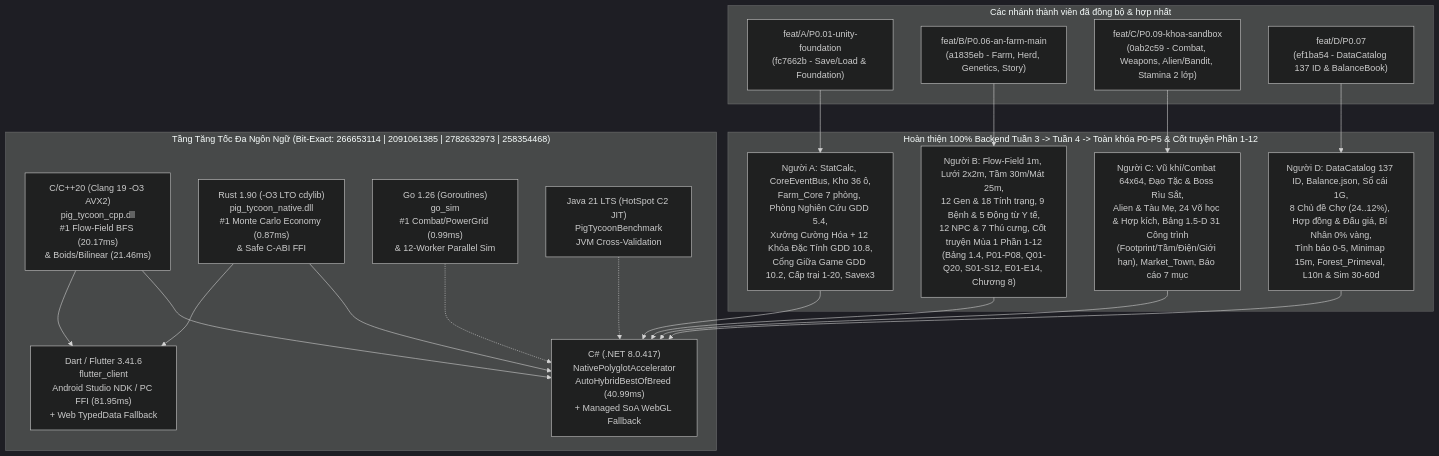
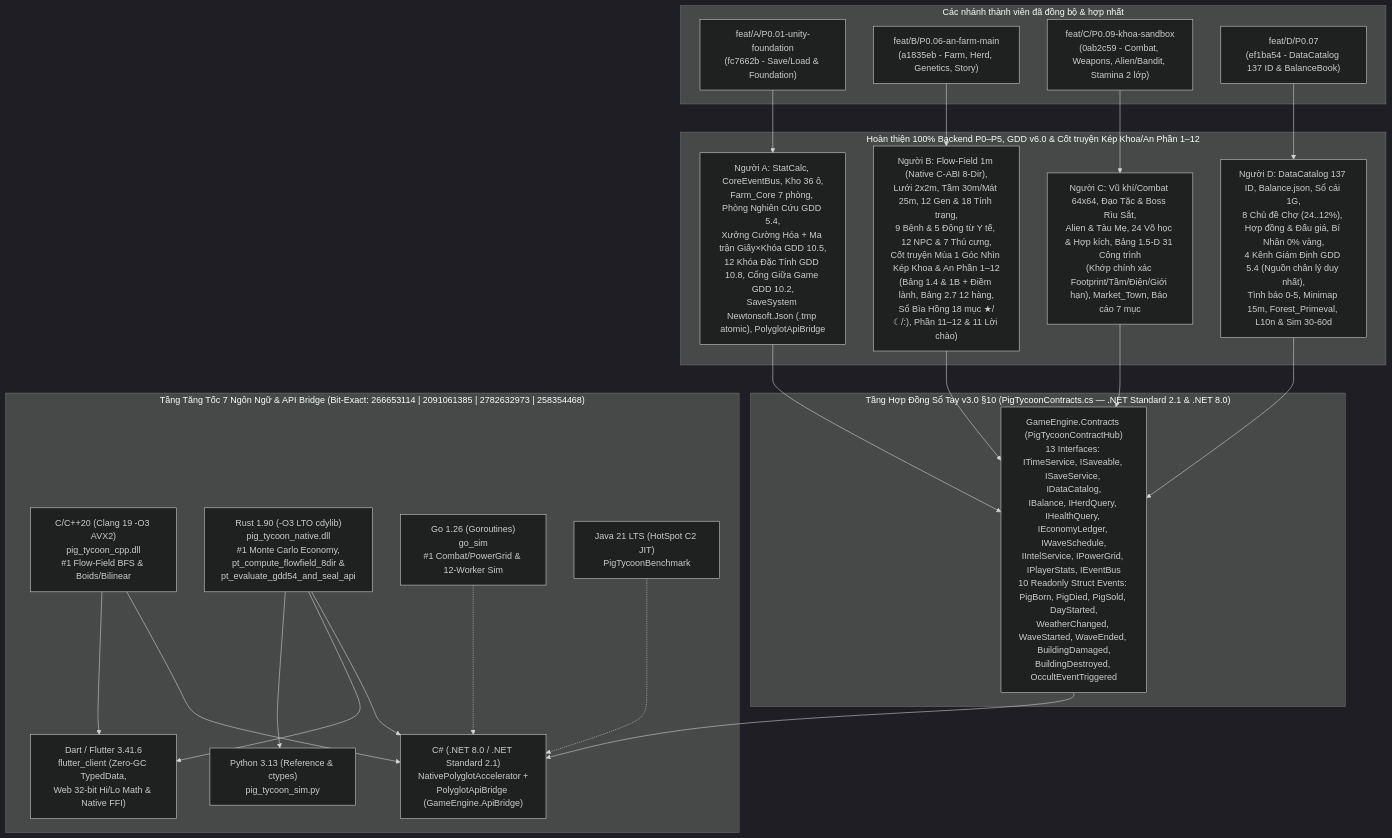
Before and after one commit to danhnee/Pig-tycoon: the diagram in README.md, drawn with Mermaid (dark theme). The commit also changed other lines of this file and 29499 other files, not shown here.

Commit message:
feat(2.5d-master-v27): unify single repo at D:\Pig-tycoon with 150 hero clips, grounded 2.5D buildings/towers, 4 Stardew interiors, Minimap & 42 story backdrops (176/176 tests pass)

````diff
--- a/README.md
+++ b/README.md
@@ -13,42 +43,49 @@
 ```mermaid
 flowchart TB
   subgraph RemoteBranches["Các nhánh thành viên đã đồng bộ & hợp nhất"]
     BA["feat/A/P0.01-unity-foundation\n(fc7662b - Save/Load & Foundation)"]
     BB["feat/B/P0.06-an-farm-main\n(a1835eb - Farm, Herd, Genetics, Story)"]
     BC["feat/C/P0.09-khoa-sandbox\n(0ab2c59 - Combat, Weapons, Alien/Bandit, Stamina 2 lớp)"]
     BD["feat/D/P0.07\n(ef1ba54 - DataCatalog 137 ID & BalanceBook)"]
   end
 
-  subgraph CoreCompletion["Hoàn thiện 100% Backend Tuần 3 -> Tuần 4 -> Toàn khóa P0-P5 & Cốt truyện Phần 1-12"]
-    CA["Người A: StatCalc, CoreEventBus, Kho 36 ô,\nFarm_Core 7 phòng, Phòng Nghiên Cứu GDD 5.4,\nXưởng Cường Hóa + 12 Khóa Đặc Tính GDD 10.8,\nCổng Giữa Game GDD 10.2, Cấp trại 1-20, Savex3"]
-    CB["Người B: Flow-Field 1m, Lưới 2x2m, Tầm 30m/Mát 25m,\n12 Gen & 18 Tính trạng, 9 Bệnh & 5 Động từ Y tế,\n12 NPC & 7 Thú cưng, Cốt truyện Mùa 1 Phần 1-12\n(Bảng 1.4, P01-P08, Q01-Q20, S01-S12, E01-E14, Chương 8)"]
-    CC["Người C: Vũ khí/Combat 64x64, Đạo Tặc & Boss Rìu Sắt,\nAlien & Tàu Mẹ, 24 Võ học & Hợp kích, Bảng 1.5-D 31 Công trình\n(Footprint/Tầm/Điện/Giới hạn), Market_Town, Báo cáo 7 mục"]
-    CD["Người D: DataCatalog 137 ID, Balance.json, Sổ cái 1G,\n8 Chủ đề Chợ (24..12%), Hợp đồng & Đấu giá, Bí Nhân 0% vàng,\nTình báo 0-5, Minimap 15m, Forest_Primeval, L10n & Sim 30-60d"]
+  subgraph ContractsLayer["Tầng Hợp Đồng Sổ Tay v3.0 §10 (PigTycoonContracts.cs — .NET Standard 2.1 & .NET 8.0)"]
+    HUB["GameEngine.Contracts (PigTycoonContractHub)\n13 Interfaces: ITimeService, ISaveable, ISaveService, IDataCatalog,\nIBalance, IHerdQuery, IHealthQuery, IEconomyLedger, IWaveSchedule,\nIIntelService, IPowerGrid, IPlayerStats, IEventBus\n10 Readonly Struct Events: PigBorn, PigDied, PigSold, DayStarted,\nWeatherChanged, WaveStarted, WaveEnded, BuildingDamaged,\nBuildingDestroyed, OccultEventTriggered"]
   end
 
-  subgraph PolyglotLayer["Tầng Tăng Tốc Đa Ngôn Ngữ (Bit-Exact: 266653114 | 2091061385 | 2782632973 | 258354468)"]
-    CPP["C/C++20 (Clang 19 -O3 AVX2)\npig_tycoon_cpp.dll\n#1 Flow-Field BFS (20.17ms)\n& Boids/Bilinear (21.46ms)"]
-    RUST["Rust 1.90 (-O3 LTO cdylib)\npig_tycoon_native.dll\n#1 Monte Carlo Economy (0.87ms)\n& Safe C-ABI FFI"]
-    GO["Go 1.26 (Goroutines)\ngo_sim\n#1 Combat/PowerGrid (0.99ms)\n& 12-Worker Parallel Sim"]
-    CS["C# (.NET 8.0.417)\nNativePolyglotAccelerator\nAutoHybridBestOfBreed (40.99ms)\n+ Managed SoA WebGL Fallback"]
-    JAVA["Java 21 LTS (HotSpot C2 JIT)\nPigTycoonBenchmark\nJVM Cross-Validation"]
-    FLUTTER["Dart / Flutter 3.41.6\nflutter_client\nAndroid Studio NDK / PC FFI (81.95ms)\n+ Web TypedData Fallback"]
+  subgraph CoreCompletion["Hoàn thiện 100% Backend P0–P5, GDD v6.0 & Cốt truyện Kép Khoa/An Phần 1–12"]
+    CA["Người A: StatCalc, CoreEventBus, Kho 36 ô,\nFarm_Core 7 phòng, Phòng Nghiên Cứu GDD 5.4,\nXưởng Cường Hóa + Ma trận Giấy×Khóa GDD 10.5,\n12 Khóa Đặc Tính GDD 10.8, Cổng Giữa Game GDD 10.2,\nSaveSystem Newtonsoft.Json (.tmp atomic), PolyglotApiBridge"]
+    CB["Người B: Flow-Field 1m (Native C-ABI 8-Dir),\nLưới 2x2m, Tầm 30m/Mát 25m, 12 Gen & 18 Tính trạng,\n9 Bệnh & 5 Động từ Y tế, 12 NPC & 7 Thú cưng,\nCốt truyện Mùa 1 Góc Nhìn Kép Khoa & An Phần 1–12\n(Bảng 1.4 & 1B + Điềm lành, Bảng 2.7 12 hàng,\nSổ Bìa Hồng 18 mục ★/☾/:), Phần 11–12 & 11 Lời chào)"]
+    CC["Người C: Vũ khí/Combat 64x64, Đạo Tặc & Boss Rìu Sắt,\nAlien & Tàu Mẹ, 24 Võ học & Hợp kích, Bảng 1.5-D 31 Công trình\n(Khớp chính xác Footprint/Tầm/Điện/Giới hạn), Market_Town, Báo cáo 7 mục"]
+    CD["Người D: DataCatalog 137 ID, Balance.json, Sổ cái 1G,\n8 Chủ đề Chợ (24..12%), Hợp đồng & Đấu giá, Bí Nhân 0% vàng,\n4 Kênh Giám Định GDD 5.4 (Nguồn chân lý duy nhất),\nTình báo 0-5, Minimap 15m, Forest_Primeval, L10n & Sim 30-60d"]
+  end
+
+  subgraph PolyglotLayer["Tầng Tăng Tốc 7 Ngôn Ngữ & API Bridge (Bit-Exact: 266653114 | 2091061385 | 2782632973 | 258354468)"]
+    CPP["C/C++20 (Clang 19 -O3 AVX2)\npig_tycoon_cpp.dll\n#1 Flow-Field BFS & Boids/Bilinear"]
+    RUST["Rust 1.90 (-O3 LTO cdylib)\npig_tycoon_native.dll\n#1 Monte Carlo Economy,\npt_compute_flowfield_8dir &\npt_evaluate_gdd54_and_seal_api"]
+    GO["Go 1.26 (Goroutines)\ngo_sim\n#1 Combat/PowerGrid & 12-Worker Sim"]
+    CS["C# (.NET 8.0 / .NET Standard 2.1)\nNativePolyglotAccelerator +\nPolyglotApiBridge (GameEngine.ApiBridge)"]
+    JAVA["Java 21 LTS (HotSpot C2 JIT)\nPigTycoonBenchmark"]
+    FLUTTER["Dart / Flutter 3.41.6\nflutter_client (Zero-GC TypedData,\nWeb 32-bit Hi/Lo Math & Native FFI)"]
+    PY["Python 3.13 (Reference & ctypes)\npig_tycoon_sim.py"]
   end
 
   BA --> CA
   BB --> CB
   BC --> CC
   BD --> CD
 
-  CA --> CS
-  CB --> CS
-  CC --> CS
-  CD --> CS
+  CA --> HUB
+  CB --> HUB
+  CC --> HUB
+  CD --> HUB
+  HUB --> CS
 
   CPP --> CS
   RUST --> CS
   RUST --> FLUTTER
+  RUST --> PY
   CPP --> FLUTTER
   GO -.-> CS
   JAVA -.-> CS
 ```
````
